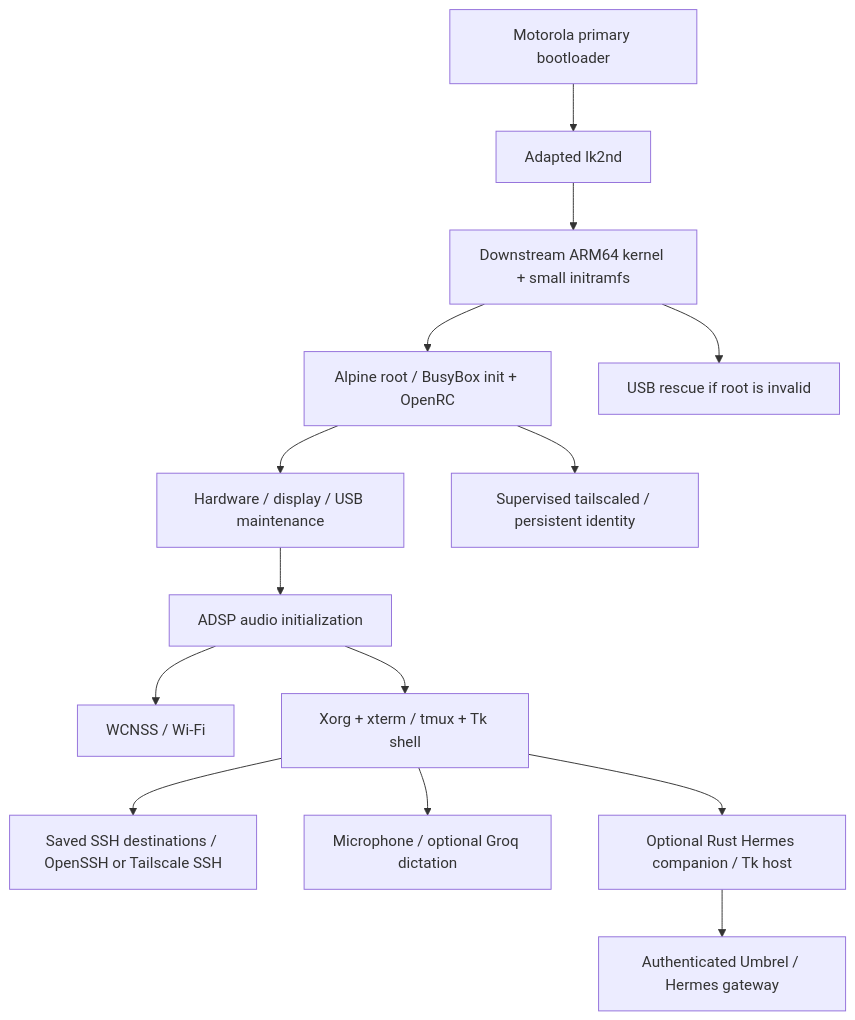
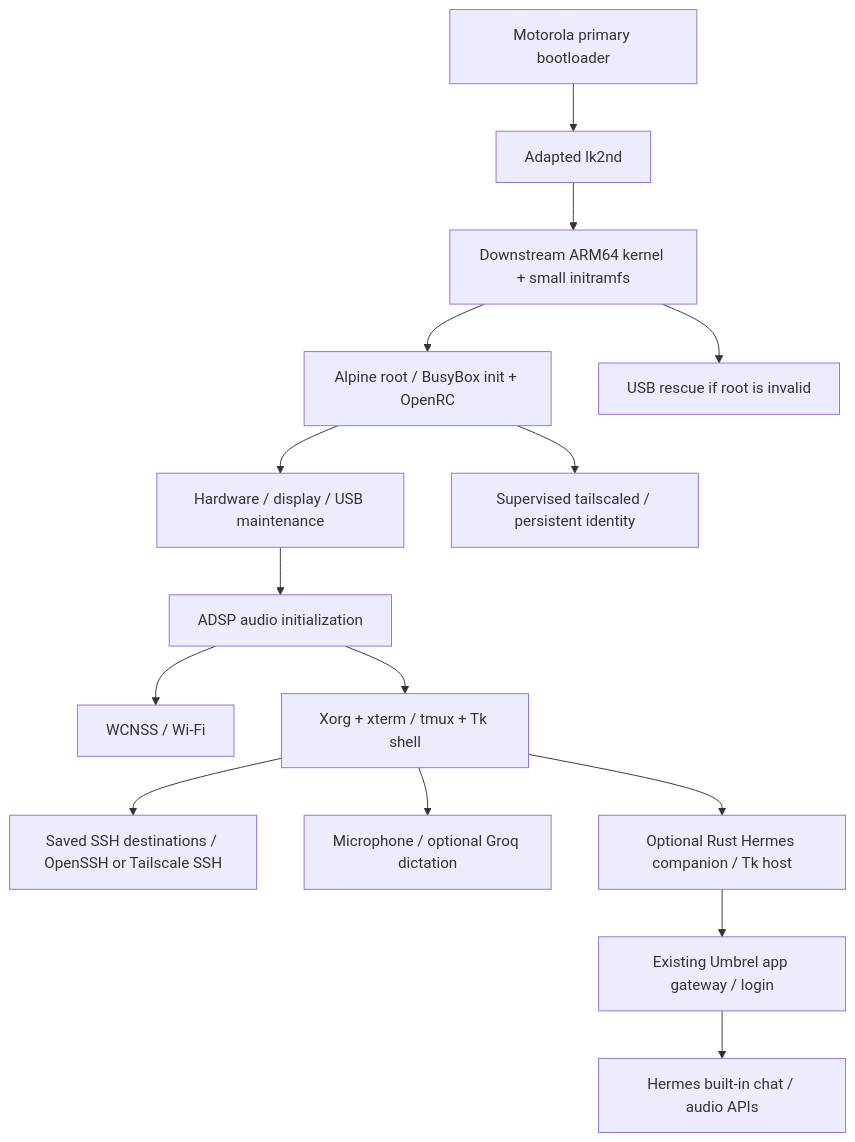
Before and after one commit to holiveiraa/moto-g4-linux: the diagram in docs/architecture.md, drawn with Mermaid. The commit also changed other lines of this file and 27 other files, not shown here.

````diff
--- a/docs/architecture.md
+++ b/docs/architecture.md
@@ -3,16 +3,17 @@
 ```mermaid
 flowchart TD
     A[Motorola primary bootloader] --> B[Adapted lk2nd]
     B --> C[Downstream ARM64 kernel + small initramfs]
     C --> D[Alpine root / BusyBox init + OpenRC]
     C --> R[USB rescue if root is invalid]
     D --> H[Hardware / display / USB maintenance]
     H --> AU[ADSP audio initialization]
     AU --> W[WCNSS / Wi-Fi]
     AU --> X[Xorg + xterm / tmux + Tk shell]
     D --> V[Supervised tailscaled / persistent identity]
     X --> S[Saved SSH destinations / OpenSSH or Tailscale SSH]
     X --> Q[Microphone / optional Groq dictation]
     X --> HC[Optional Rust Hermes companion / Tk host]
-    HC --> HG[Authenticated Umbrel / Hermes gateway]
+    HC --> HG[Existing Umbrel app gateway / login]
+    HG --> HA[Hermes built-in chat / audio APIs]
 ```
````
